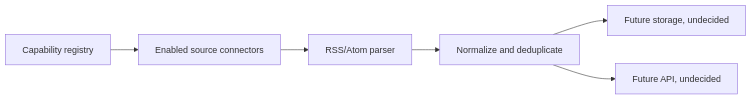
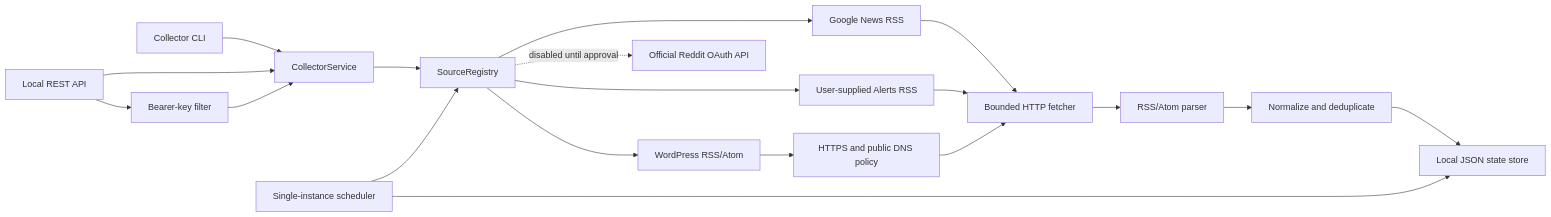
Before and after one commit to henriquebatistapaz/poc-collector: the diagram in docs/wiki/architecture-overview.md, drawn with Mermaid. The commit also changed other lines of this file and 25 other files, not shown here.

````diff
--- a/docs/wiki/architecture-overview.md
+++ b/docs/wiki/architecture-overview.md
@@ -5,8 +3,21 @@
 ```mermaid
 flowchart LR
-  Registry[Capability registry] --> Connectors[Enabled source connectors]
-  Connectors --> Parser[RSS/Atom parser]
-  Parser --> Normalizer[Normalize and deduplicate]
-  Normalizer --> Store[Future storage, undecided]
-  Normalizer --> API[Future API, undecided]
+  CLI[Collector CLI] --> Service[CollectorService]
+  API[Local REST API] --> Service
+  Service --> Registry[SourceRegistry]
+  Registry --> GoogleNews[Google News RSS]
+  Registry --> Alerts[User-supplied Alerts RSS]
+  Registry --> WordPress[WordPress RSS/Atom]
+  Registry -. disabled until approval .-> Reddit[Official Reddit OAuth API]
+  GoogleNews --> Fetcher[Bounded HTTP fetcher]
+  Alerts --> Fetcher
+  WordPress --> UrlPolicy[HTTPS and public DNS policy]
+  UrlPolicy --> Fetcher
+  Fetcher --> Parser[RSS/Atom parser]
+  Parser --> Normalize[Normalize and deduplicate]
+  Normalize --> Store[Local JSON state store]
+  Scheduler[Single-instance scheduler] --> Registry
+  Scheduler --> Store
+  API --> Auth[Bearer-key filter]
+  Auth --> Service
 ```
````
